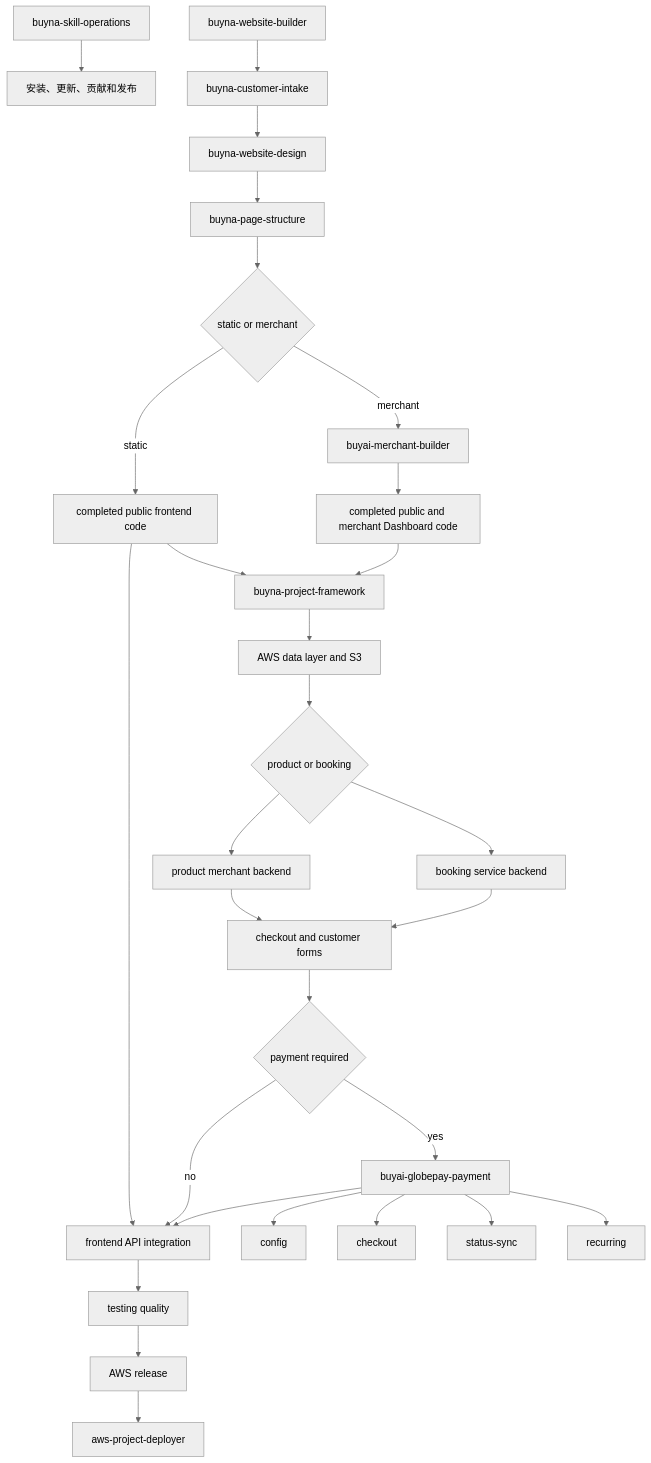
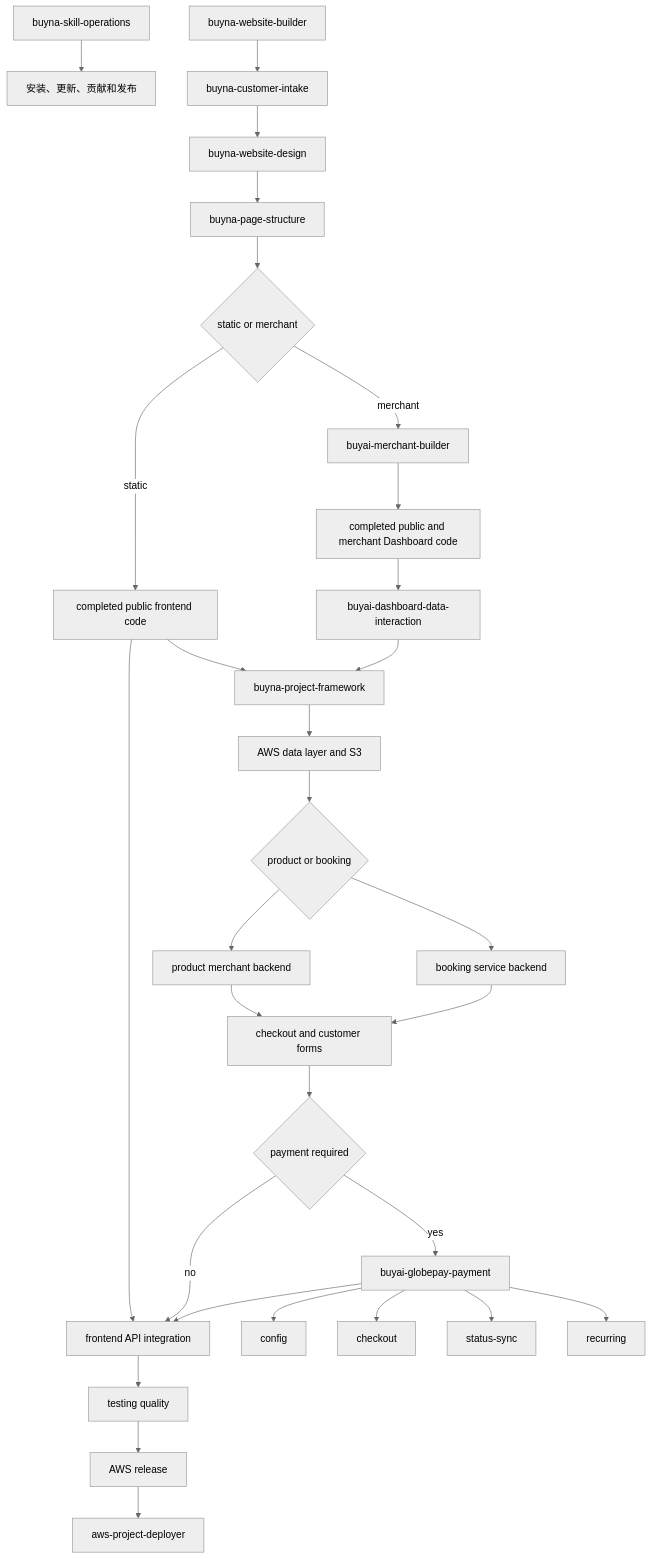
One commit to Kaku-shiko/buyna-agent-skills changed the diagram in docs/OPERATIONS_MANUAL.md. Above: the diagram before and after it, drawn with Mermaid (neutral theme). The commit also changed 9 other files, not shown here.

Commit message:
Add Dashboard data interaction coordinator skill

````diff
--- a/docs/OPERATIONS_MANUAL.md
+++ b/docs/OPERATIONS_MANUAL.md
@@ -50,31 +50,32 @@
 ```mermaid
 flowchart TD
     O[buyna-skill-operations] --> I[安装、更新、贡献和发布]
     B[buyna-website-builder] --> C[buyna-customer-intake]
     C --> D[buyna-website-design]
     D --> P[buyna-page-structure]
     P --> X{static or merchant}
     X -->|static| FPS[completed public frontend code]
     X -->|merchant| M[buyai-merchant-builder]
     M --> FPM[completed public and merchant Dashboard code]
     FPS --> K[buyna-project-framework]
-    FPM --> K
+    FPM --> DI[buyai-dashboard-data-interaction]
+    DI --> K
     K --> DB[AWS data layer and S3]
     DB --> Q{product or booking}
     Q --> MP[product merchant backend]
     Q --> MB[booking service backend]
     MP --> UX[checkout and customer forms]
     MB --> UX
     UX --> Y{payment required}
     Y -->|yes| G[buyai-globepay-payment]
     FPS --> F[frontend API integration]
     Y -->|no| F
     G --> F
     F --> T[testing quality]
     T --> R[AWS release]
     R --> A[aws-project-deployer]
     G --> GC[config]
     G --> GO[checkout]
     G --> GS[status-sync]
     G --> GR[recurring]
 ```
````
